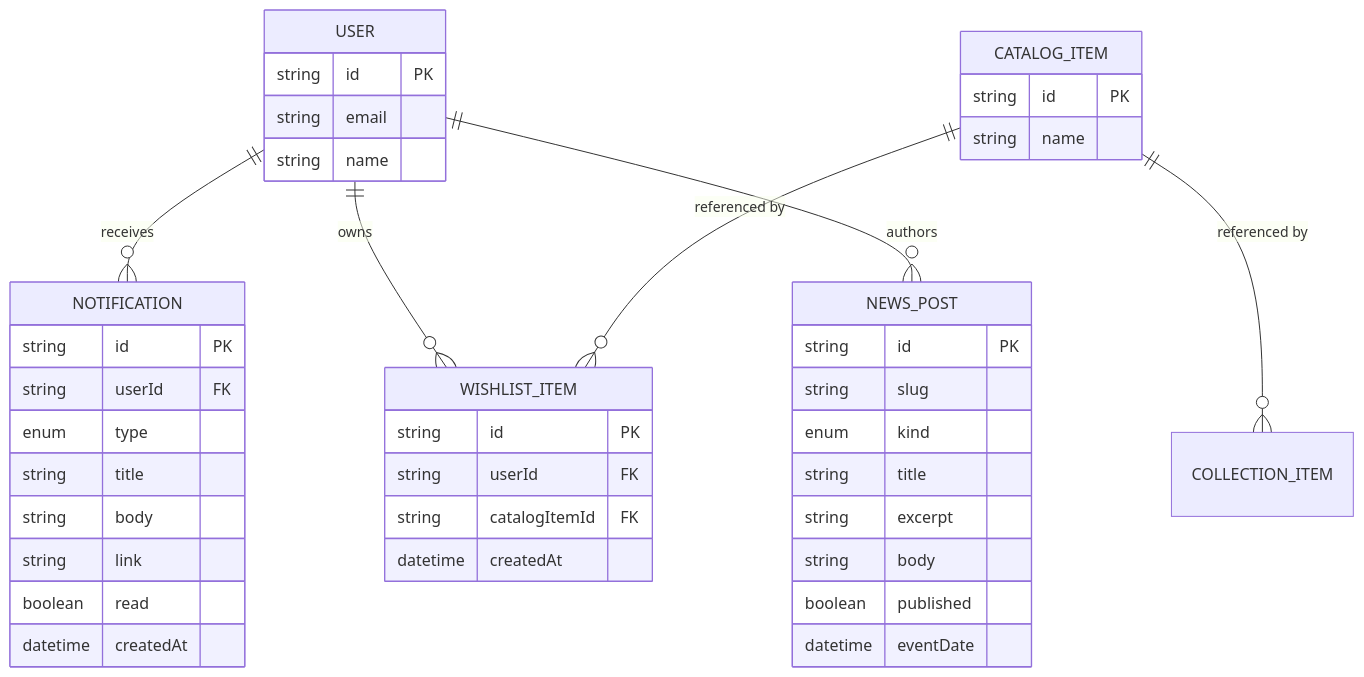
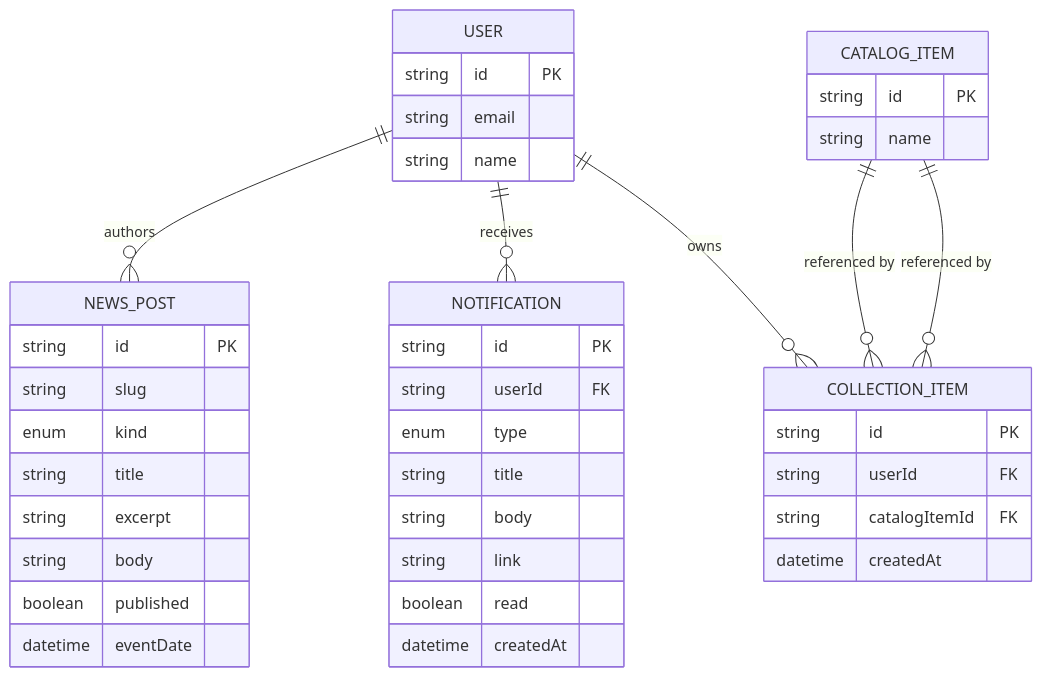
One commit to danaiwut/Card_sell_Ecommerce changed the fourth of 4 diagrams in Architecture.md. Above: the diagram before and after it, drawn with Mermaid. The commit also changed other lines of this file and 1 other file, not shown here.

````diff
--- a/Architecture.md
+++ b/Architecture.md
@@ -121,44 +121,44 @@
 ```mermaid
 erDiagram
     USER ||--o{ NOTIFICATION : receives
-    USER ||--o{ WISHLIST_ITEM : owns
+    USER ||--o{ COLLECTION_ITEM : owns
     USER ||--o{ NEWS_POST : authors
-    CATALOG_ITEM ||--o{ WISHLIST_ITEM : "referenced by"
+    CATALOG_ITEM ||--o{ COLLECTION_ITEM : "referenced by"
     CATALOG_ITEM ||--o{ COLLECTION_ITEM : "referenced by"
 
     USER {
         string id PK
         string email
         string name
     }
     NOTIFICATION {
         string id PK
         string userId FK
         enum type
         string title
         string body
         string link
         boolean read
         datetime createdAt
     }
-    WISHLIST_ITEM {
+    COLLECTION_ITEM {
         string id PK
         string userId FK
         string catalogItemId FK
         datetime createdAt
     }
     NEWS_POST {
         string id PK
         string slug
         enum kind
         string title
         string excerpt
         string body
         boolean published
         datetime eventDate
     }
     CATALOG_ITEM {
         string id PK
         string name
     }
 ```
````
